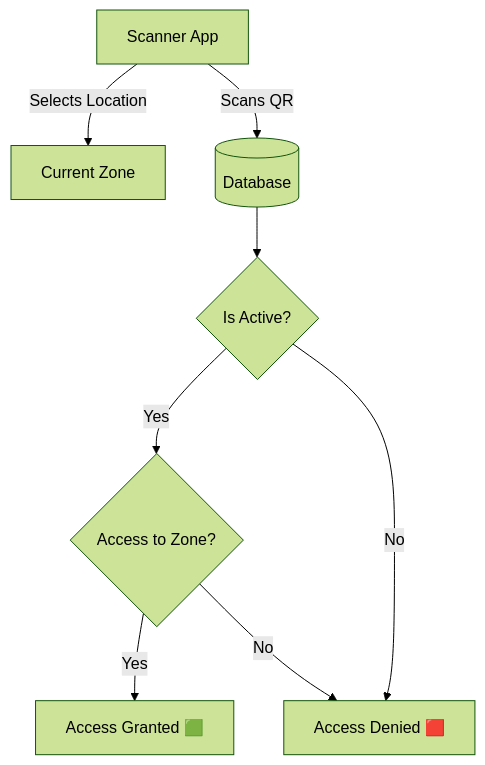
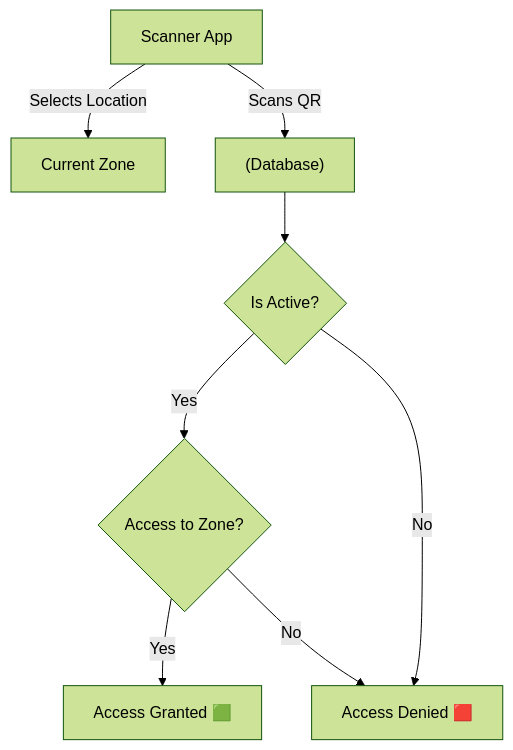
Before and after one commit to FEATHERS-GROUP/agatike-connect: the ninth of 57 diagrams in README.md, drawn with Mermaid (forest theme). The commit also changed other lines of this file and 1 other file, not shown here.

````diff
--- a/README.md
+++ b/README.md
@@ -215,10 +215,10 @@
 ```mermaid
 flowchart TD
-  Scanner[Scanner App] -->|Selects Location| Loc[Current Zone]
-  Scanner -->|Scans QR| DB[(Database)]
+  Scanner["Scanner App"] -->|Selects Location| Loc["Current Zone"]
+  Scanner -->|Scans QR| DB["(Database)"]
   DB --> CheckActive{Is Active?}
   CheckActive -->|Yes| CheckZone{Access to Zone?}
-  CheckActive -->|No| Denied[Access Denied 🟥]
-  CheckZone -->|Yes| Granted[Access Granted 🟩]
+  CheckActive -->|No| Denied["Access Denied 🟥"]
+  CheckZone -->|Yes| Granted["Access Granted 🟩"]
   CheckZone -->|No| Denied
 ```
````
